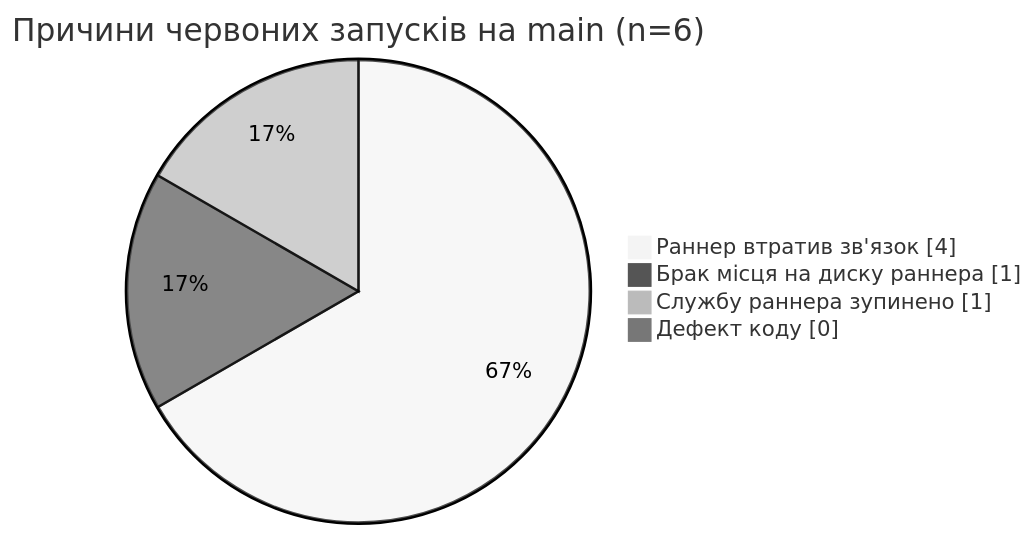
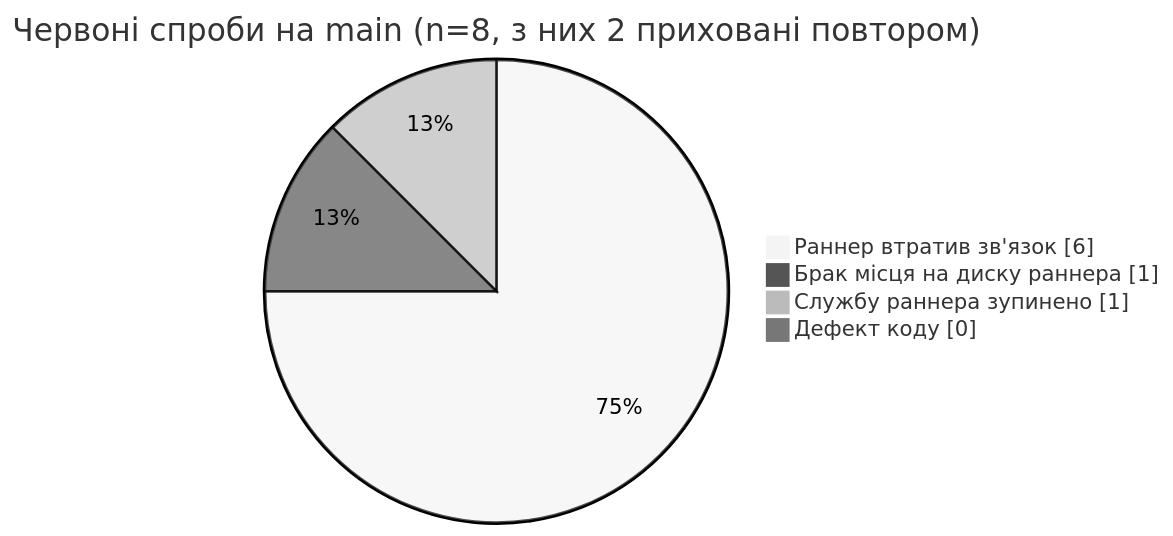
Before and after one commit to ukma-fin-ssdm-2026/SSDM_12: the second of 4 diagrams in docs/ci-cd/dora-summary.md, drawn with Mermaid (neutral theme). The commit also changed other lines of this file, not shown here.

````diff
--- a/docs/ci-cd/dora-summary.md
+++ b/docs/ci-cd/dora-summary.md
@@ -198,8 +252,8 @@
 ```mermaid
 pie showData
-    title Причини червоних запусків на main (n=6)
-    "Раннер втратив зв'язок" : 4
+    title Червоні спроби на main (n=8, з них 2 приховані повтором)
+    "Раннер втратив зв'язок" : 6
     "Брак місця на диску раннера" : 1
     "Службу раннера зупинено" : 1
     "Дефект коду" : 0
 ```
````
